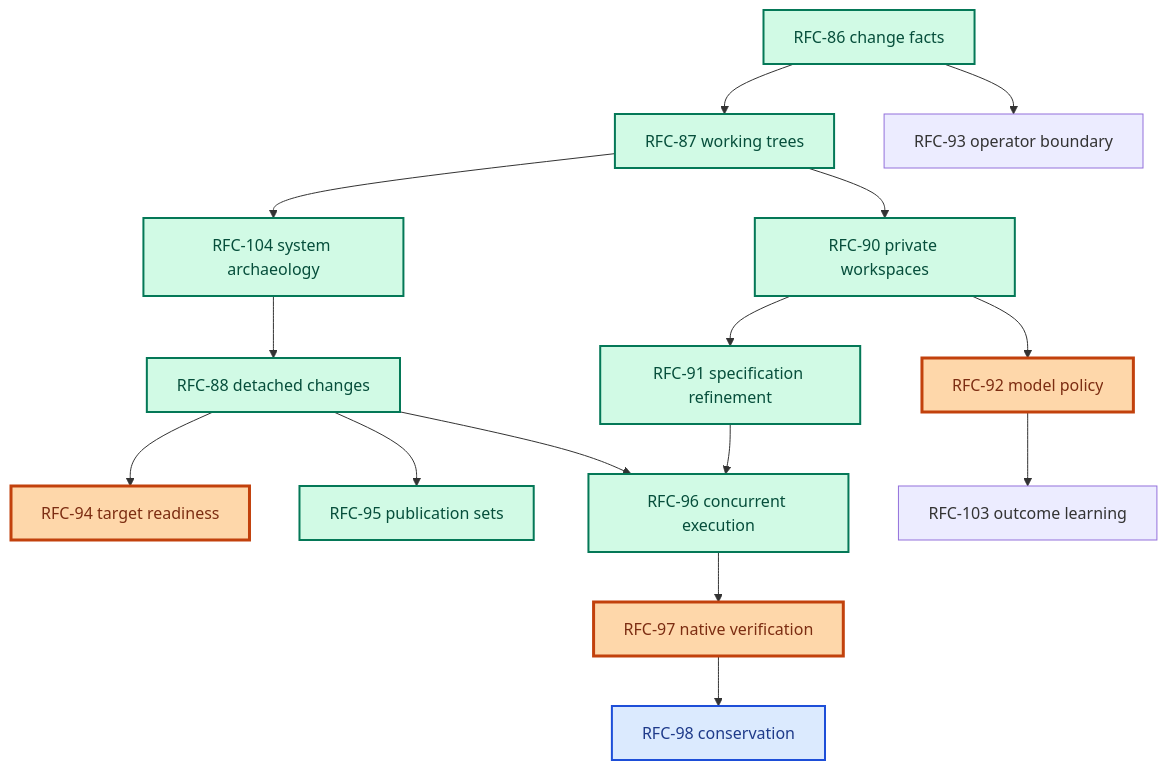
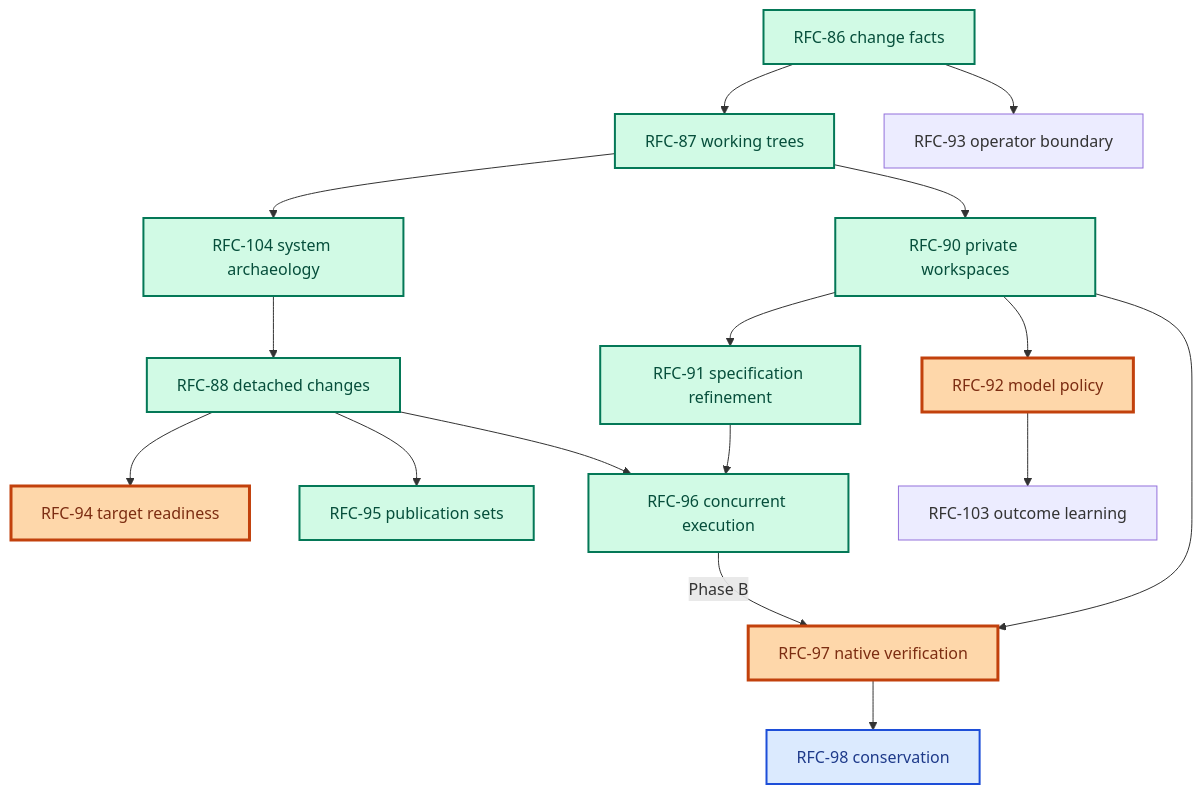
Before and after one commit to augentic/anvil: the diagram in rfcs/platform.md, drawn with Mermaid. The commit also changed other lines of this file and 4 other files, not shown here.

````diff
--- a/rfcs/platform.md
+++ b/rfcs/platform.md
@@ -23,24 +23,25 @@
 ```mermaid
 flowchart TD
     R86[RFC-86 change facts] --> R87[RFC-87 working trees]
     R86 --> R93[RFC-93 operator boundary]
     R87 --> R104[RFC-104 system archaeology]
     R87 --> R90[RFC-90 private workspaces]
     R104 --> R88[RFC-88 detached changes]
     R88 --> R94[RFC-94 target readiness]
     R88 --> R95[RFC-95 publication sets]
     R88 --> R96[RFC-96 concurrent execution]
     R90 --> R91[RFC-91 specification refinement]
     R90 --> R92[RFC-92 model policy]
+    R90 --> R97[RFC-97 native verification]
     R91 --> R96[RFC-96 concurrent execution]
     R92 --> R103[RFC-103 outcome learning]
-    R96 --> R97[RFC-97 native verification]
+    R96 -->|Phase B| R97
     R97 --> R98[RFC-98 conservation]
 
     classDef done fill:#d1fae5,stroke:#047857,color:#064e3b,stroke-width:2px
     classDef nearterm fill:#fed7aa,stroke:#c2410c,color:#7c2d12,stroke-width:3px
     classDef later fill:#dbeafe,stroke:#1d4ed8,color:#1e3a8a,stroke-width:2px
     class R86,R87,R88,R90,R91,R104,R95,R96 done
     class R92,R97,R94 nearterm
     class R98 later
 ```
````
